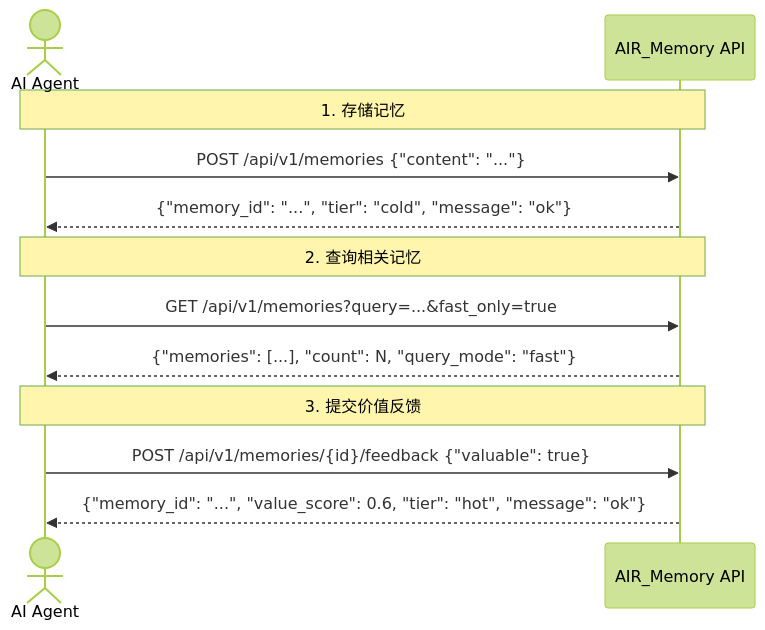
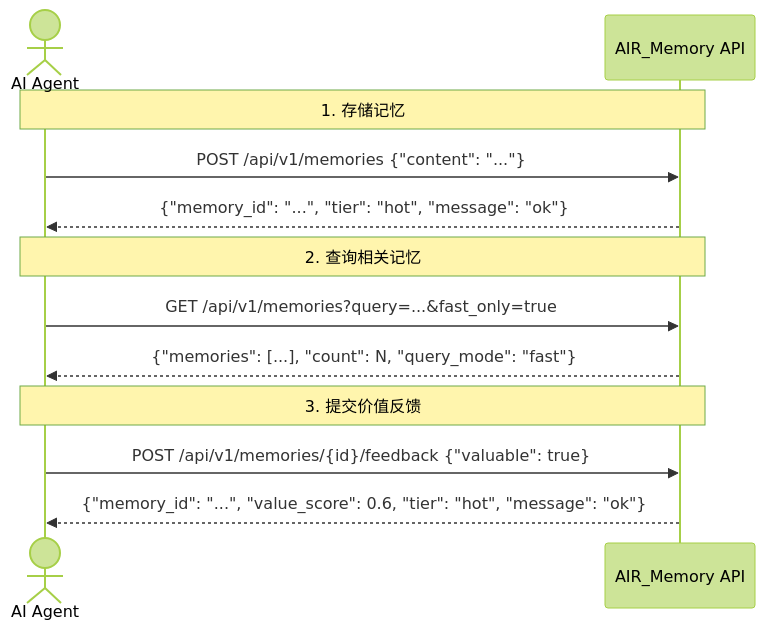
Before and after one commit to SevenLv/air_memory: the fourth of 4 diagrams in doc/user_guide.md, drawn with Mermaid (forest theme). The commit also changed other lines of this file and 7 other files, not shown here.

````diff
--- a/doc/user_guide.md
+++ b/doc/user_guide.md
@@ -574,17 +574,17 @@
 ```mermaid
 sequenceDiagram
     actor Agent as AI Agent
     participant API as AIR_Memory API
 
     Note over Agent,API: 1. 存储记忆
     Agent->>API: POST /api/v1/memories {"content": "..."}
-    API-->>Agent: {"memory_id": "...", "tier": "cold", "message": "ok"}
+    API-->>Agent: {"memory_id": "...", "tier": "hot", "message": "ok"}
 
     Note over Agent,API: 2. 查询相关记忆
     Agent->>API: GET /api/v1/memories?query=...&fast_only=true
     API-->>Agent: {"memories": [...], "count": N, "query_mode": "fast"}
 
     Note over Agent,API: 3. 提交价值反馈
     Agent->>API: POST /api/v1/memories/{id}/feedback {"valuable": true}
     API-->>Agent: {"memory_id": "...", "value_score": 0.6, "tier": "hot", "message": "ok"}
 ```
````
